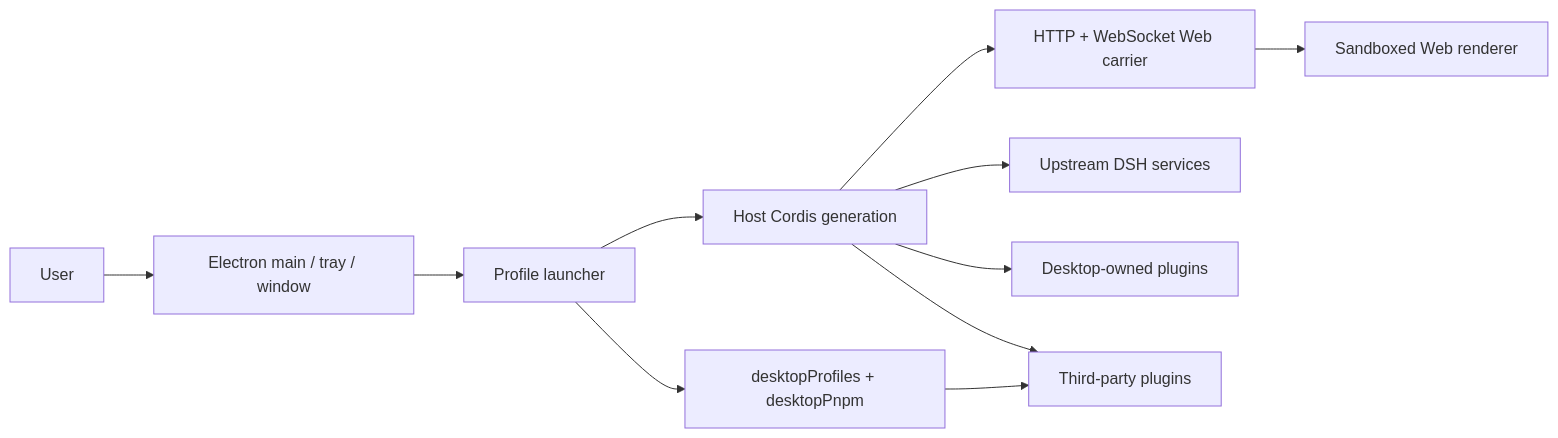
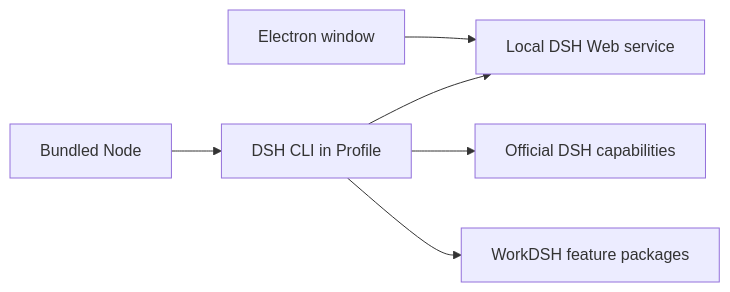
One commit to techflag/workdsh changed the diagram in docs/architecture.en.md. Above: the diagram before and after it, drawn with Mermaid. The commit also changed other lines of this file and 968 other files, not shown here.

Commit message:
Clean Desktop carrier and enforce one DSH version

````diff
--- a/docs/architecture.en.md
+++ b/docs/architecture.en.md
@@ -7,13 +7,8 @@
 ```mermaid
 flowchart LR
-  User[User] --> Native[Electron main / tray / window]
-  Native --> Launcher[Profile launcher]
-  Launcher --> Host[Host Cordis generation]
-  Host --> Carrier[HTTP + WebSocket Web carrier]
-  Carrier --> Renderer[Sandboxed Web renderer]
-  Host --> Upstream[Upstream DSH services]
-  Host --> Desktop[Desktop-owned plugins]
-  Host --> ThirdParty[Third-party plugins]
-  Launcher --> Services[desktopProfiles + desktopPnpm]
-  Services --> ThirdParty
+  Electron[Electron window] --> Local[Local DSH Web service]
+  Node[Bundled Node] --> CLI[DSH CLI in Profile]
+  CLI --> Local
+  CLI --> Official[Official DSH capabilities]
+  CLI --> WorkDSH[WorkDSH feature packages]
 ```
````
